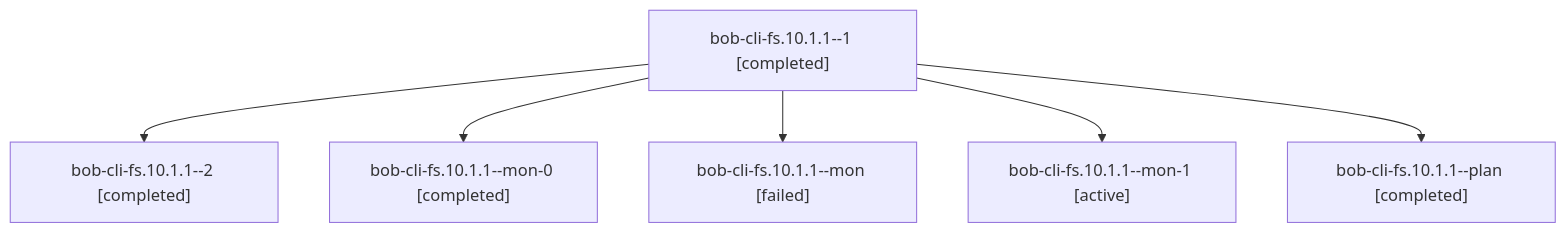
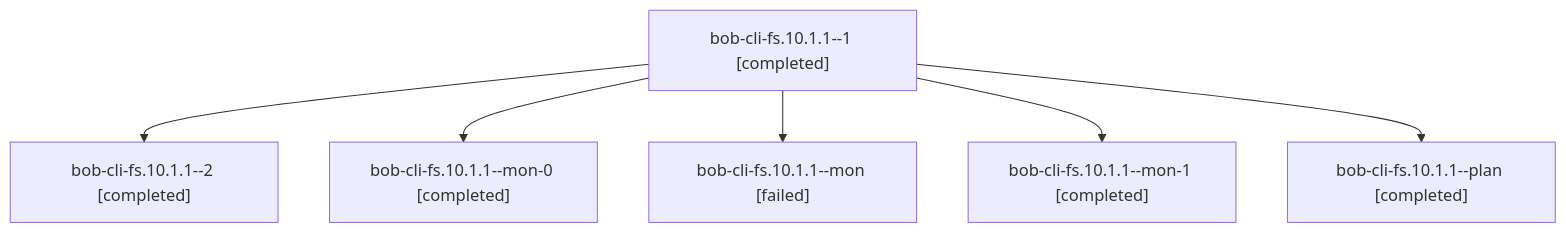
One commit to bobs-org/bob-cli--agents changed the diagram in sessions/bbugyi200.athena.bob-cli-fs.10.1.1.md. Above: the diagram before and after it, drawn with Mermaid. The commit also changed other lines of this file and 99 other files, not shown here.

````diff
--- a/sessions/bbugyi200.athena.bob-cli-fs.10.1.1.md
+++ b/sessions/bbugyi200.athena.bob-cli-fs.10.1.1.md
@@ -9,14 +9,14 @@
 ```mermaid
 flowchart TD
   n0["bob-cli-fs.10.1.1--1 [completed]"]
   n1["bob-cli-fs.10.1.1--2 [completed]"]
   n0 --> n1
   n2["bob-cli-fs.10.1.1--mon-0 [completed]"]
   n0 --> n2
   n3["bob-cli-fs.10.1.1--mon [failed]"]
   n0 --> n3
-  n4["bob-cli-fs.10.1.1--mon-1 [active]"]
+  n4["bob-cli-fs.10.1.1--mon-1 [completed]"]
   n0 --> n4
   n5["bob-cli-fs.10.1.1--plan [completed]"]
   n0 --> n5
 ```
````
